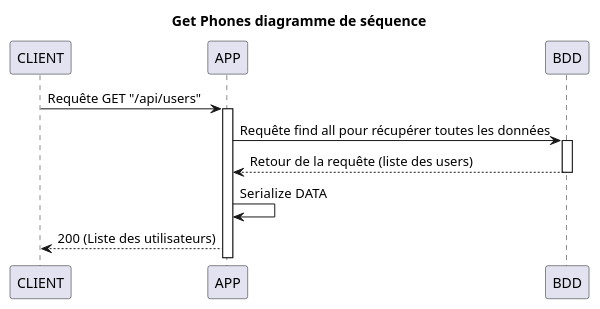
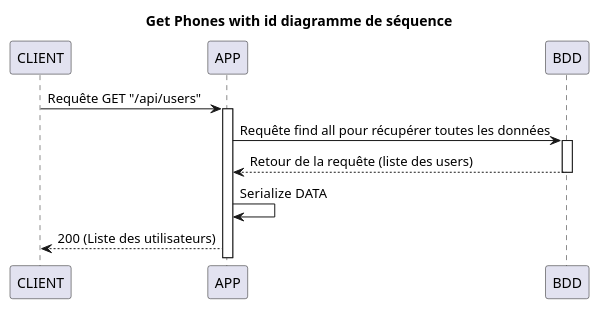
One commit to Waarrez/P7 changed the diagram in docs/Diagramme de séquence/GET Users.puml. Above: the diagram before and after it, drawn with PlantUML. The commit also changed 8 other files, not shown here.

```diff
--- a/docs/Diagramme de séquence/GET Users.puml
+++ b/docs/Diagramme de séquence/GET Users.puml
@@ -1,18 +1,18 @@
 @startuml
 
-title Get Phones diagramme de séquence
+title Get Phones with id diagramme de séquence
 
 participant CLIENT
 participant APP
 participant BDD
 
 CLIENT -> APP: Requête GET "/api/users"
 activate APP
 APP -> BDD  : Requête find all pour récupérer toutes les données
 activate BDD
 BDD --> APP : Retour de la requête (liste des users)
 deactivate BDD
 APP -> APP : Serialize DATA
 APP --> CLIENT : 200 (Liste des utilisateurs)
 
 @enduml
```
